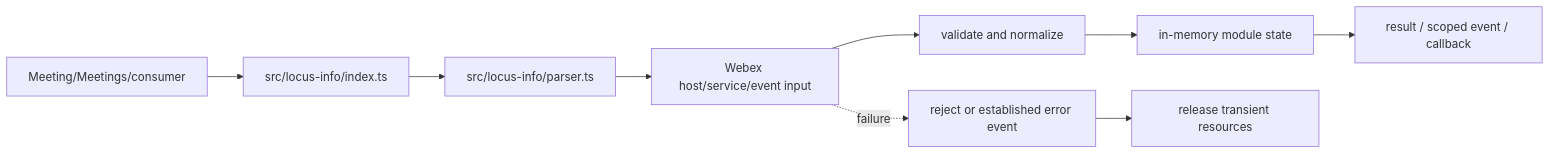
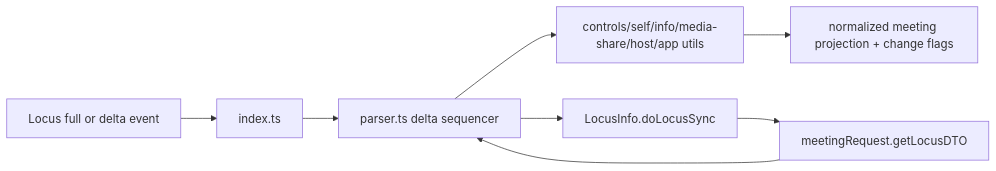
Before and after one commit to webex/webex-js-sdk: the first of 5 diagrams in packages/@webex/plugin-meetings/src/locus-info/ai-docs/locus-info-spec.md, drawn with Mermaid. The commit also changed other lines of this file and 26 other files, not shown here.

````diff
--- a/packages/@webex/plugin-meetings/src/locus-info/ai-docs/locus-info-spec.md
+++ b/packages/@webex/plugin-meetings/src/locus-info/ai-docs/locus-info-spec.md
@@ -100,11 +115,10 @@
 ```mermaid
 flowchart LR
-  Caller[Meeting/Meetings/consumer] --> Entry[src/locus-info/index.ts]
-  Entry --> Support[src/locus-info/parser.ts]
-  Support --> Remote[Webex host/service/event input]
-  Remote --> Normalize[validate and normalize]
-  Normalize --> State[in-memory module state]
-  State --> Output[result / scoped event / callback]
-  Remote -. failure .-> Error[reject or established error event]
-  Error --> Cleanup[release transient resources]
+  LocusEvent[Locus full or delta event] --> Info[index.ts]
+  Info --> Parser[parser.ts delta sequencer]
+  Parser --> Utils[controls/self/info/media-share/host/app utils]
+  Parser --> Sync[LocusInfo.doLocusSync]
+  Sync --> Request[meetingRequest.getLocusDTO]
+  Request --> Parser
+  Utils --> Projection[normalized meeting projection + change flags]
 ```
````
